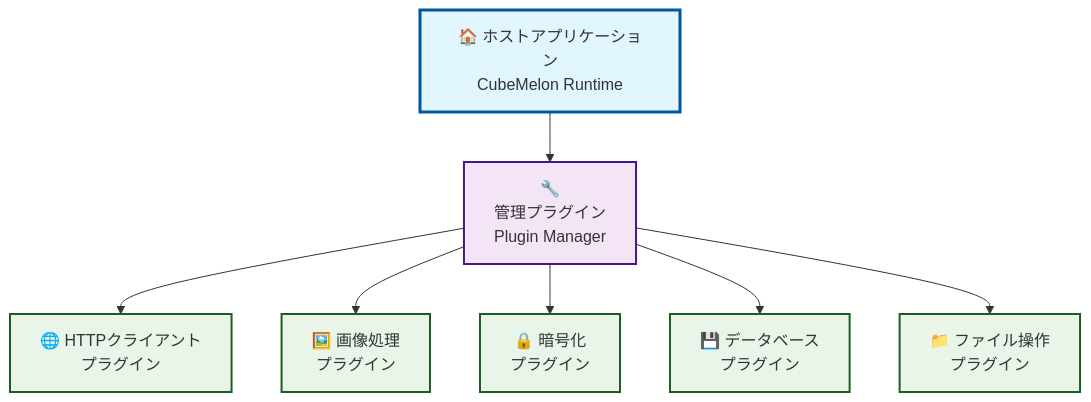
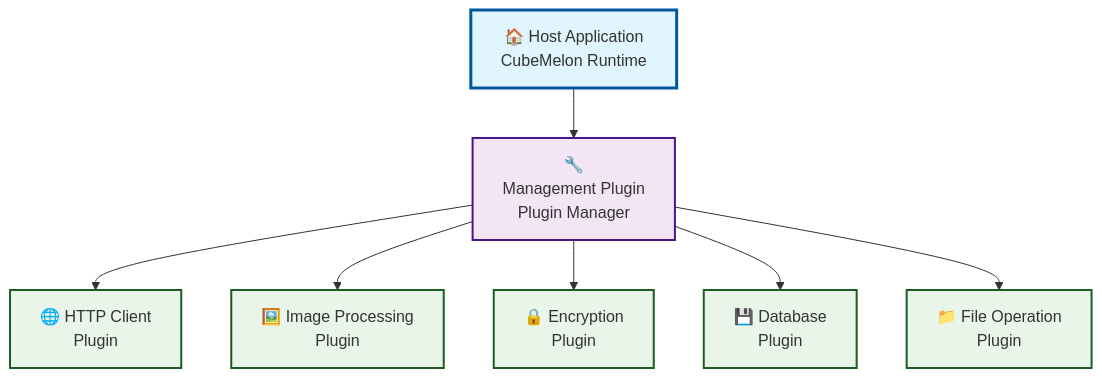
One commit to cubemelon-plugin-system/cubemelon-sdk changed the first of 3 diagrams in README.md. Above: the diagram before and after it, drawn with Mermaid. The commit also changed other lines of this file and 7 other files, not shown here.

````diff
--- a/README.md
+++ b/README.md
@@ -195,19 +92,19 @@
 ```mermaid
   graph TD
-      Host[🏠 ホストアプリケーション<br/>CubeMelon Runtime] --> Manager[🔧
-  管理プラグイン<br/>Plugin Manager]
+      Host[🏠 Host Application<br/>CubeMelon Runtime] --> Manager[🔧
+  Management Plugin<br/>Plugin Manager]
 
-      Manager --> P1[🌐 HTTPクライアント<br/>プラグイン]
-      Manager --> P2[🖼️ 画像処理<br/>プラグイン]
-      Manager --> P3[🔒 暗号化<br/>プラグイン]
-      Manager --> P4[💾 データベース<br/>プラグイン]
-      Manager --> P5[📁 ファイル操作<br/>プラグイン]
+      Manager --> P1[🌐 HTTP Client<br/>Plugin]
+      Manager --> P2[🖼️ Image Processing<br/>Plugin]
+      Manager --> P3[🔒 Encryption<br/>Plugin]
+      Manager --> P4[💾 Database<br/>Plugin]
+      Manager --> P5[📁 File Operation<br/>Plugin]
 
       classDef hostStyle fill:#e1f5fe,stroke:#01579b,stroke-width:3px
       classDef managerStyle fill:#f3e5f5,stroke:#4a148c,stroke-width:2px
       classDef pluginStyle fill:#e8f5e8,stroke:#1b5e20,stroke-width:2px
 
       class Host hostStyle
       class Manager managerStyle
       class P1,P2,P3,P4,P5 pluginStyle
 ```
````
